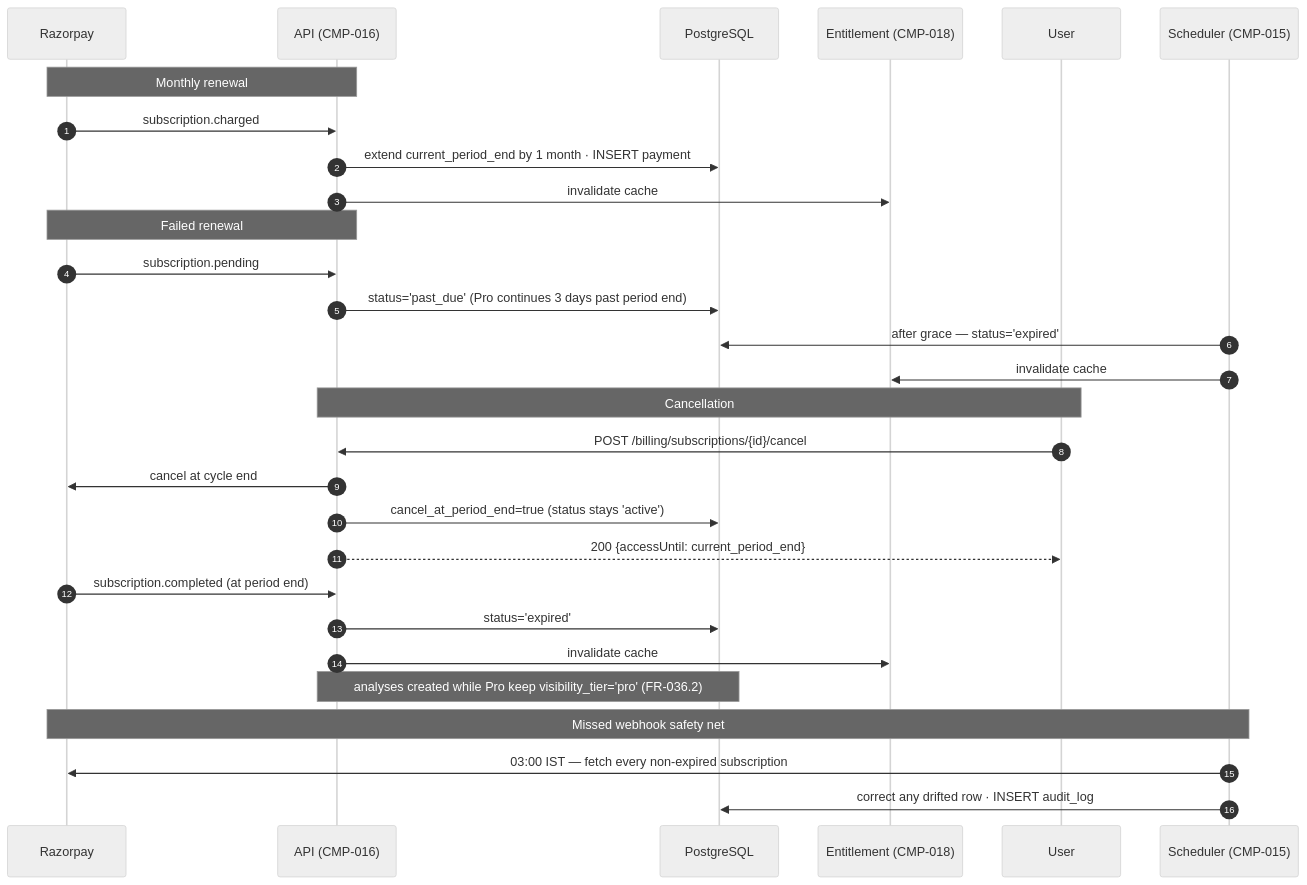
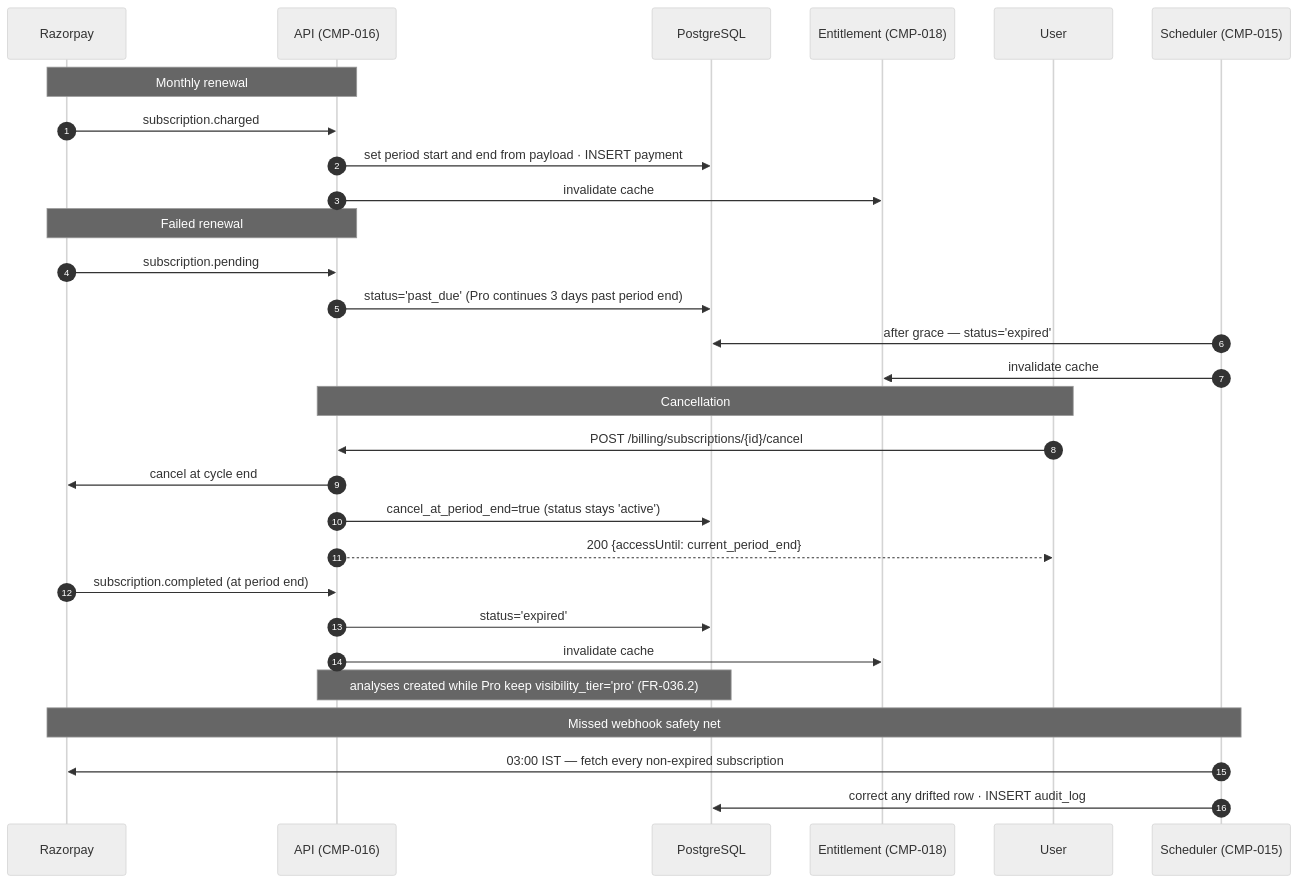
The seventh of 8 diagrams in bilal/spec.md (divii-school/spec-homework), drawn with Mermaid (neutral theme) before and after one commit. The commit also changed other lines of this file, not shown here.

````diff
--- a/bilal/spec.md
+++ b/bilal/spec.md
@@ -533,35 +751,35 @@
 ```mermaid
 sequenceDiagram
   autonumber
   participant Z as Razorpay
   participant A as API (CMP-016)
   participant D as PostgreSQL
   participant E as Entitlement (CMP-018)
   participant U as User
   participant C as Scheduler (CMP-015)
 
   Note over Z,A: Monthly renewal
   Z->>A: subscription.charged
-  A->>D: extend current_period_end by 1 month · INSERT payment
+  A->>D: set period start and end from payload · INSERT payment
   A->>E: invalidate cache
 
   Note over Z,A: Failed renewal
   Z->>A: subscription.pending
   A->>D: status='past_due' (Pro continues 3 days past period end)
   C->>D: after grace — status='expired'
   C->>E: invalidate cache
 
   Note over U,A: Cancellation
   U->>A: POST /billing/subscriptions/{id}/cancel
   A->>Z: cancel at cycle end
   A->>D: cancel_at_period_end=true (status stays 'active')
   A-->>U: 200 {accessUntil: current_period_end}
   Z->>A: subscription.completed (at period end)
   A->>D: status='expired'
   A->>E: invalidate cache
   Note over A,D: analyses created while Pro keep visibility_tier='pro' (FR-036.2)
 
   Note over C,Z: Missed webhook safety net
   C->>Z: 03:00 IST — fetch every non-expired subscription
   C->>D: correct any drifted row · INSERT audit_log
 ```
````
